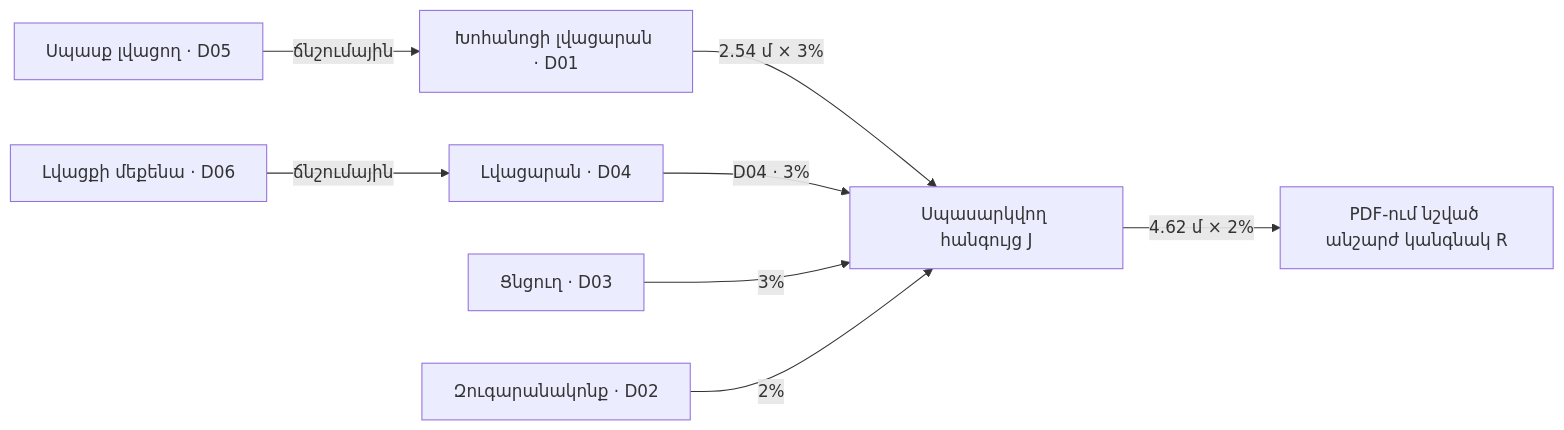
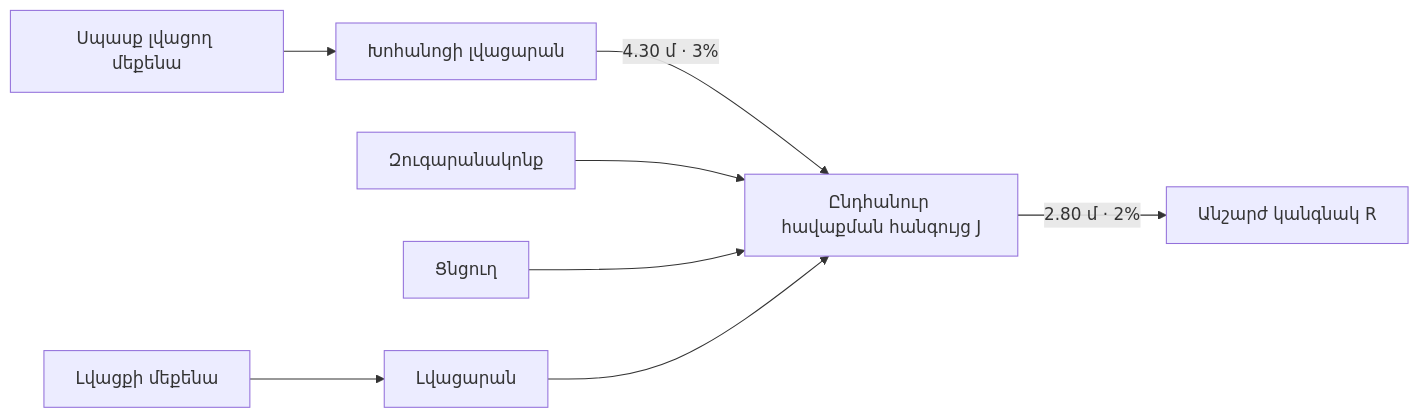
One commit to gourgen-grigoryan/apartment-replanning-2026 changed the third of 4 diagrams in docs/DIAGRAMS.md. Above: the diagram before and after it, drawn with Mermaid. The commit also changed other lines of this file and 23 other files, not shown here.

````diff
--- a/docs/DIAGRAMS.md
+++ b/docs/DIAGRAMS.md
@@ -48,10 +45,10 @@
 ```mermaid
 flowchart LR
-    DW["Սպասք լվացող · D05"] -->|"ճնշումային"| Sink["Խոհանոցի լվացարան · D01"]
-    WM["Լվացքի մեքենա · D06"] -->|"ճնշումային"| Basin["Լվացարան · D04"]
-    Sink -->|"2.54 մ × 3%"| J["Սպասարկվող հանգույց J"]
-    Basin -->|"D04 · 3%"| J
-    Shower["Ցնցուղ · D03"] -->|"3%"| J
-    WC["Զուգարանակոնք · D02"] -->|"2%"| J
-    J -->|"4.62 մ × 2%"| Stack["PDF-ում նշված անշարժ կանգնակ R"]
+    K["Խոհանոցի լվացարան"] -->|"4.30 մ · 3%"| J["Ընդհանուր հավաքման հանգույց J"]
+    DW["Սպասք լվացող մեքենա"] --> K
+    WC["Զուգարանակոնք"] --> J
+    SH["Ցնցուղ"] --> J
+    BS["Լվացարան"] --> J
+    WM["Լվացքի մեքենա"] --> BS
+    J -->|"2.80 մ · 2%"| R["Անշարժ կանգնակ R"]
 ```
````
